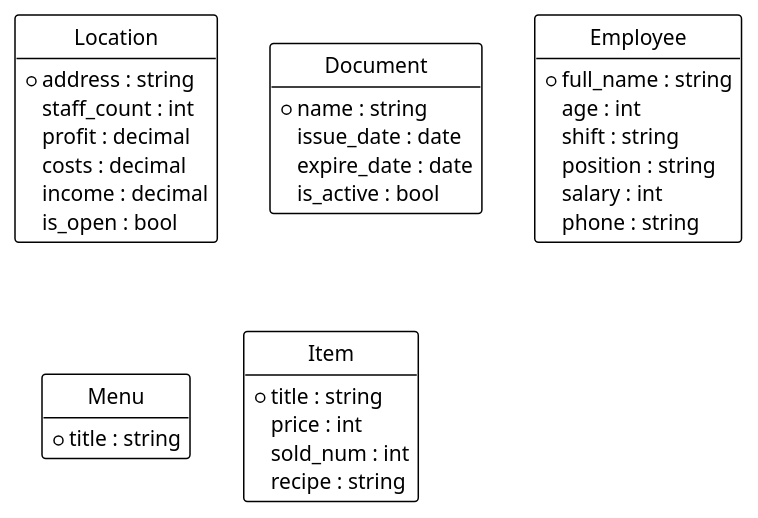
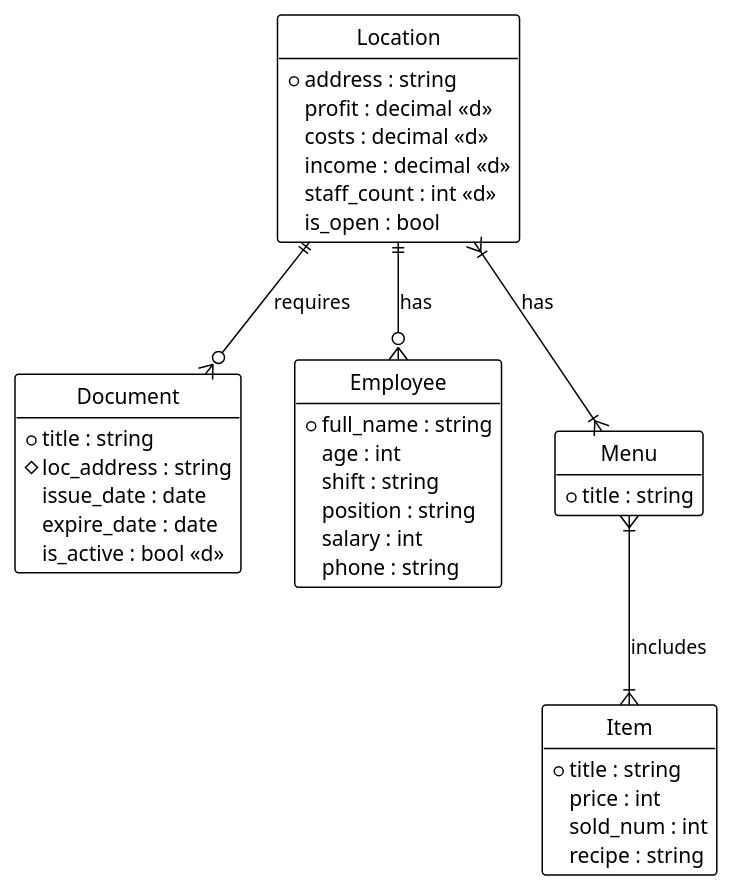
One commit to MihajloVat/KPI_labs_3_sem changed the diagram in lab1/diagrams/crows_foot/er_crowsfoot.puml. Above: the diagram before and after it, drawn with PlantUML. The commit also changed 5 other files, not shown here.

```diff
--- a/lab1/diagrams/crows_foot/er_crowsfoot.puml
+++ b/lab1/diagrams/crows_foot/er_crowsfoot.puml
@@ -1,42 +1,48 @@
 @startuml
 !theme plain
 hide circle
 hide methods
 
 entity "Location" as loc {
 *address : string
-staff_count : int
-profit : decimal
-costs : decimal
-income : decimal
+profit : decimal <<d>>
+costs : decimal <<d>>
+income : decimal <<d>>
+staff_count : int <<d>>
 is_open : bool
 }
 
 entity "Document" as doc {
-*name : string
+*title : string
+#loc_address : string
 issue_date : date
 expire_date : date
-is_active : bool
+is_active : bool <<d>>
 }
 
 entity "Employee" as emp {
 *full_name : string
 age : int
 shift : string
 position : string
 salary : int
 phone : string
 }
 
 entity "Menu" as menu {
 *title : string
 }
 
 entity "Item" as item {
 *title : string
 price : int
 sold_num : int
 recipe : string
 }
 
+loc ||--o{ doc : "requires"
+loc }|--|{ menu : "has"
+loc ||--o{ emp : "has"
+menu }|--|{ item : "includes"
+
 @enduml
```
